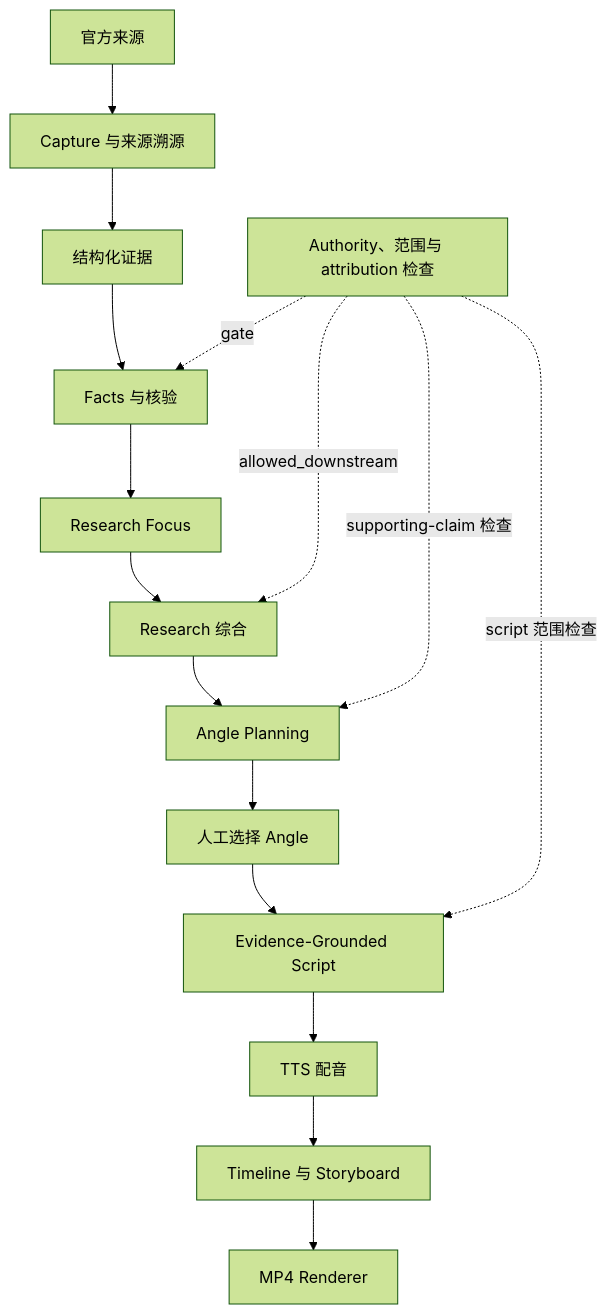
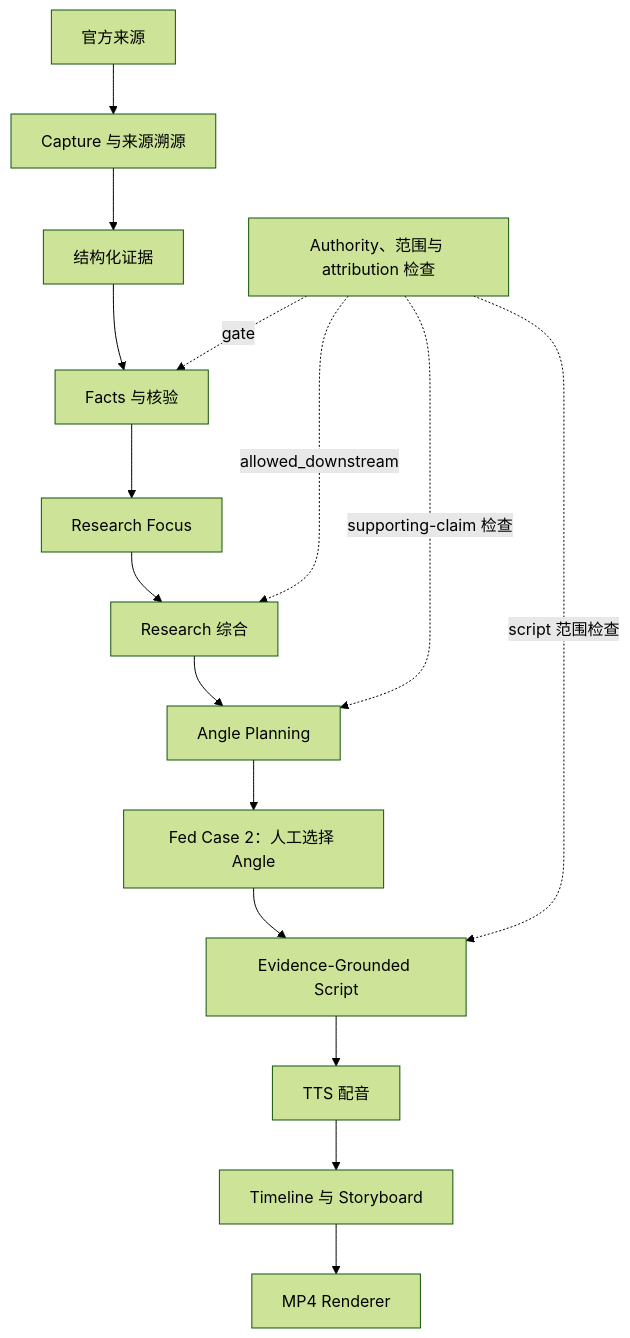
One commit to motty63-ctrl/fenglei-economy-content-engine changed the diagram in README.md. Above: the diagram before and after it, drawn with Mermaid (forest theme). The commit also changed other lines of this file and 9 other files, not shown here.

````diff
--- a/README.md
+++ b/README.md
@@ -26,19 +26,19 @@
 ```mermaid
 flowchart TD
     A[官方来源] --> B[Capture 与来源溯源]
     B --> C[结构化证据]
     C --> D[Facts 与核验]
     D --> E[Research Focus]
     E --> F[Research 综合]
     F --> G[Angle Planning]
-    G --> H[人工选择 Angle]
+    G --> H[Fed Case 2：人工选择 Angle]
     H --> I[Evidence-Grounded Script]
     I --> J[TTS 配音]
     J --> K[Timeline 与 Storyboard]
     K --> L[MP4 Renderer]
 
     X[Authority、范围与 attribution 检查] -. gate .-> D
     X -. allowed_downstream .-> F
     X -. supporting-claim 检查 .-> G
     X -. script 范围检查 .-> I
 ```
````
